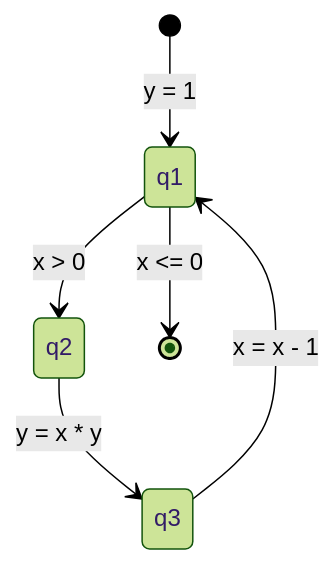
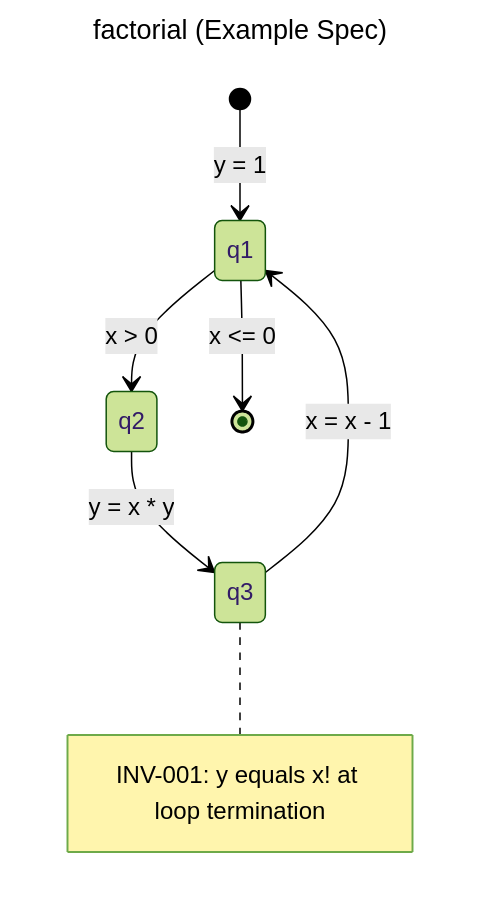
Before and after one commit to Meta-Develop/speca_for_codex: the first of 3 diagrams in .claude/skills/subgraph-extractor/SKILL.md, drawn with Mermaid (forest theme). The commit also changed other lines of this file and 5 other files, not shown here.

````diff
--- a/.claude/skills/subgraph-extractor/SKILL.md
+++ b/.claude/skills/subgraph-extractor/SKILL.md
@@ -76,9 +76,16 @@
 ```mermaid
+---
+title: "factorial (Example Spec)"
+---
 stateDiagram-v2
     direction TB
     [*] --> q1: y = 1
     q1 --> q2: x > 0
     q1 --> [*]: x <= 0
     q2 --> q3: y = x * y
     q3 --> q1: x = x - 1
+
+    note right of q3
+        INV-001: y equals x! at loop termination
+    end note
 ```
````
